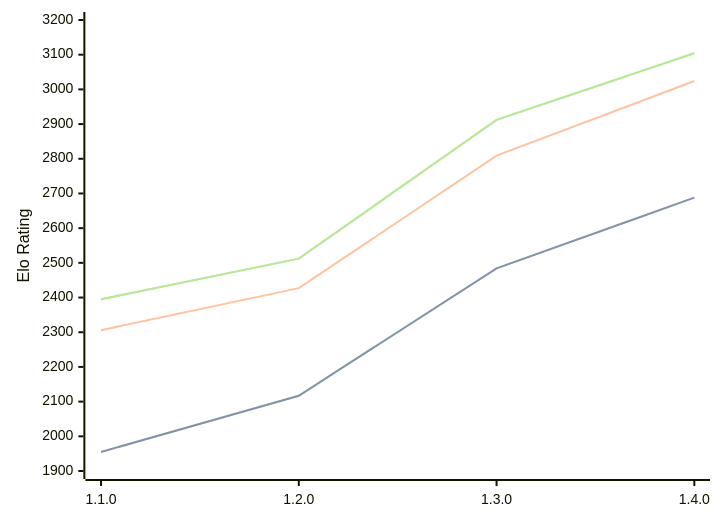
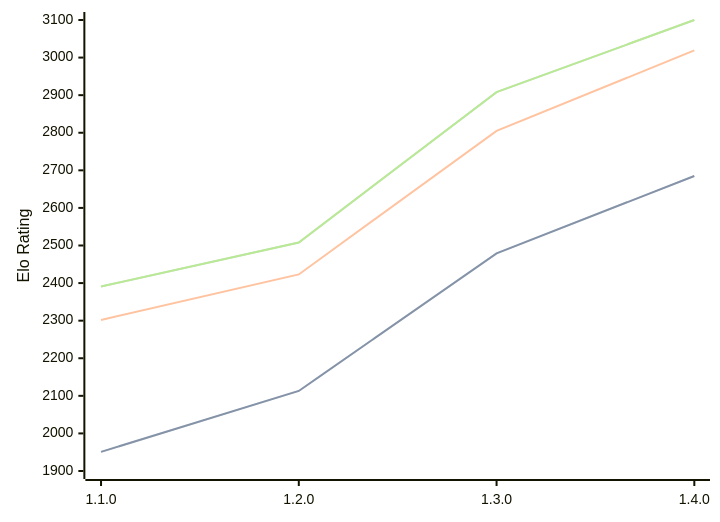
The third of 3 diagrams in engines/Gyatso.md (computer-chess-index/cci), drawn with Mermaid before and after one commit. The commit also changed other lines of this file, not shown here.

Commit message:
Update CCI Ratings (ELO VLTC) - 2026-07-16

````diff
--- a/engines/Gyatso.md
+++ b/engines/Gyatso.md
@@ -68,11 +68,11 @@
 ```mermaid
 %%{init: {"theme":"base","themeVariables":{"seriesColors:['#a3a3a3','#222221','#faa371']}}}%%
 xychart-beta
   x-axis ["1.1.0", "1.2.0", "1.3.0", "1.4.0"]
-  y-axis "Elo Rating" 1900 --> 3200
-  line "STC (8.0+0.08s)" [1955, 2117, 2484, 2688]
-  line "STC (8.0+0.08s)" [1955, 2117, 2484, 2688]
-  line "LTC (60.0+0.60s)" [2306, 2427, 2809, 3024]
-  line "VLTC (2m24s+1.12s)" [2395, 2512, 2912, 3104]
-  line "VLTC (2m24s+1.12s)" [2395, 2512, 2912, 3104]
+  y-axis "Elo Rating" 1900 --> 3100
+  line "STC (8.0+0.08s)" [1951, 2113, 2479, 2685]
+  line "STC (8.0+0.08s)" [1951, 2113, 2479, 2685]
+  line "LTC (60.0+0.60s)" [2302, 2423, 2805, 3019]
+  line "VLTC (2m24s+1.12s)" [2391, 2508, 2908, 3100]
+  line "VLTC (2m24s+1.12s)" [2391, 2508, 2908, 3100]
 ```
````
